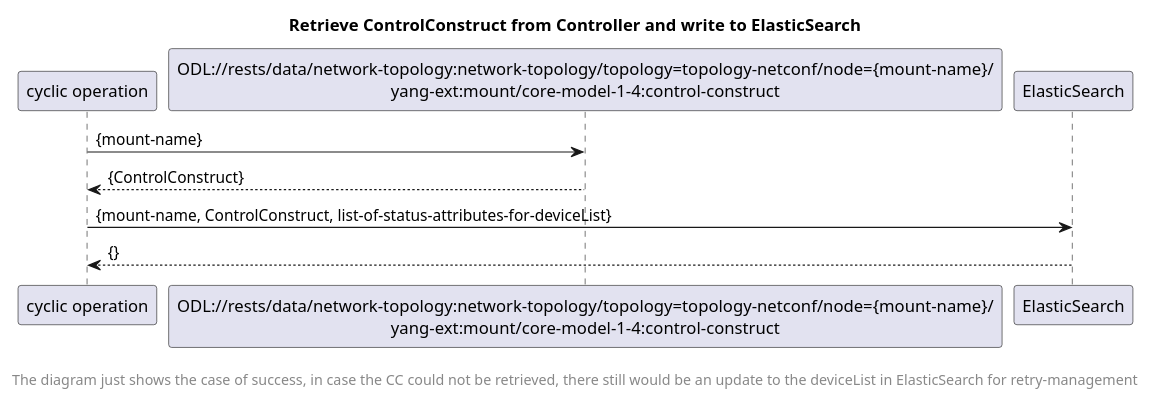
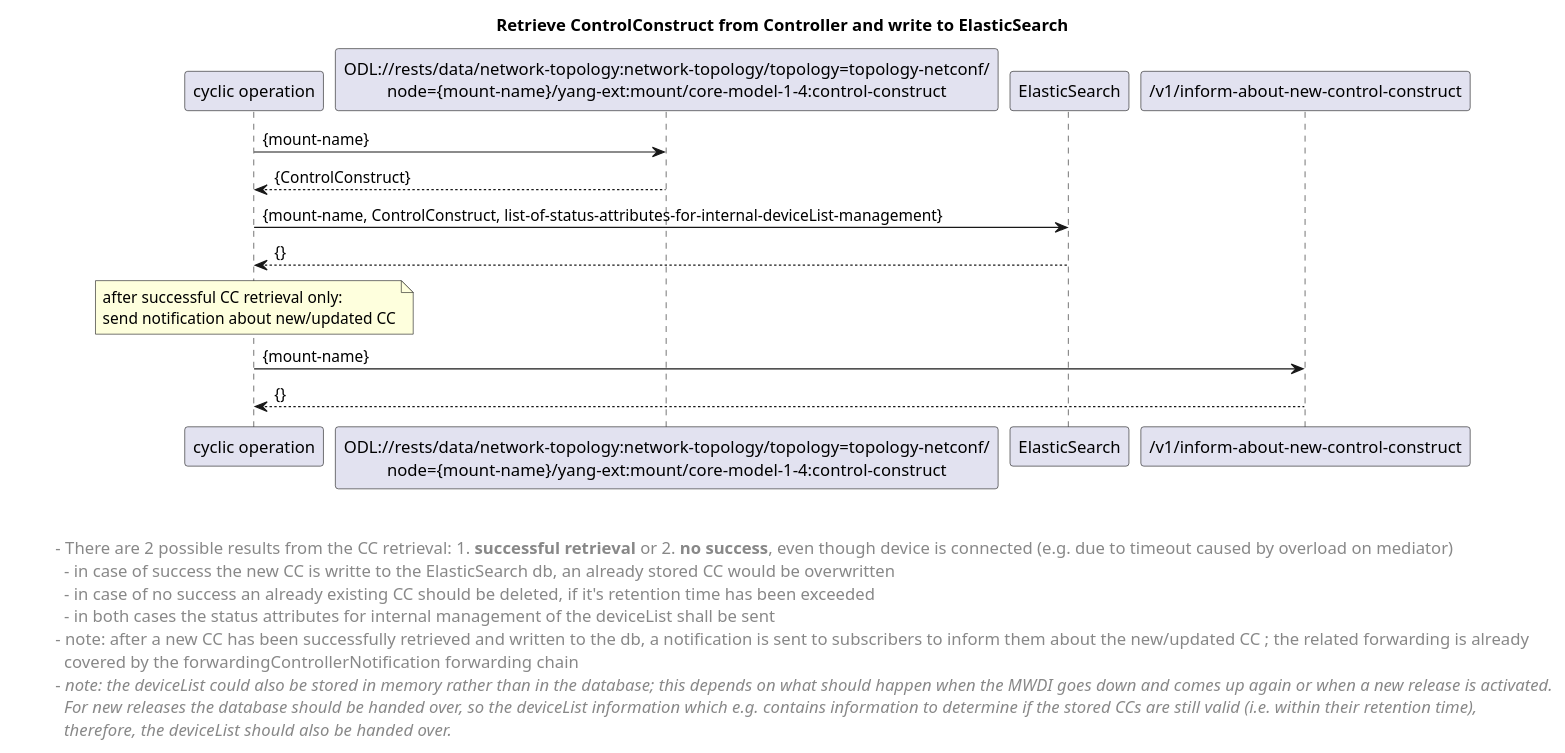
The diagram in spec/diagrams/02x_forwardingRetrieveControlConstruct.plantuml (openBackhaul/MicroWaveDeviceInventory), drawn with PlantUML before and after one commit. The commit also changed 1 other file, not shown here.

```diff
--- a/spec/diagrams/02x_forwardingRetrieveControlConstruct.plantuml
+++ b/spec/diagrams/02x_forwardingRetrieveControlConstruct.plantuml
@@ -1,24 +1,41 @@
 @startuml
 skinparam responseMessageBelowArrow true
 
 title Retrieve ControlConstruct from Controller and write to ElasticSearch
 
-"cyclic operation" -> "ODL://rests/data/network-topology:network-topology/topology=topology-netconf/node={mount-name}/\nyang-ext:mount/core-model-1-4:control-construct": {mount-name}
-"ODL://rests/data/network-topology:network-topology/topology=topology-netconf/node={mount-name}/\nyang-ext:mount/core-model-1-4:control-construct" --> "cyclic operation": {ControlConstruct}
+"cyclic operation" -> "ODL://rests/data/network-topology:network-topology/topology=topology-netconf/\nnode={mount-name}/yang-ext:mount/core-model-1-4:control-construct": {mount-name}
+"ODL://rests/data/network-topology:network-topology/topology=topology-netconf/\nnode={mount-name}/yang-ext:mount/core-model-1-4:control-construct" --> "cyclic operation": {ControlConstruct}
 
 
-"cyclic operation" -> "ElasticSearch": {mount-name, ControlConstruct, list-of-status-attributes-for-deviceList}
+"cyclic operation" -> "ElasticSearch": {mount-name, ControlConstruct, list-of-status-attributes-for-internal-deviceList-management}
 "ElasticSearch" --> "cyclic operation": {}
 
+note over "cyclic operation": after successful CC retrieval only: \nsend notification about new/updated CC
 
-left footer \nThe diagram just shows the case of success, in case the CC could not be retrieved, there still would be an update to the deviceList in ElasticSearch for retry-management
+"cyclic operation" -> "/v1/inform-about-new-control-construct": {mount-name}
+"/v1/inform-about-new-control-construct" --> "cyclic operation": {}
+
+
+left footer 
+
+
+\t  - There are 2 possible results from the CC retrieval: 1. <b>successful retrieval</b> or 2. <b>no success</b>, even though device is connected (e.g. due to timeout caused by overload on mediator)
+\t    - in case of success the new CC is writte to the ElasticSearch db, an already stored CC would be overwritten
+\t    - in case of no success an already existing CC should be deleted, if it's retention time has been exceeded
+\t    - in both cases the status attributes for internal management of the deviceList shall be sent
+\t  - note: after a new CC has been successfully retrieved and written to the db, a notification is sent to subscribers to inform them about the new/updated CC ; the related forwarding is already
+\t    covered by the forwardingControllerNotification forwarding chain
+\t  - <i>note: the deviceList could also be stored in memory rather than in the database; this depends on what should happen when the MWDI goes down and comes up again or when a new release is activated.
+\t    <i>For new releases the database should be handed over, so the deviceList information which e.g. contains information to determine if the stored CCs are still valid (i.e. within their retention time),
+\t    <i>therefore, the deviceList should also be handed over.
+end footer
 
 <style>
 footer {
   HorizontalAlignment left
-  FontSize 12
+  FontSize 14
 }
 </style>
 
 
 @enduml
```
